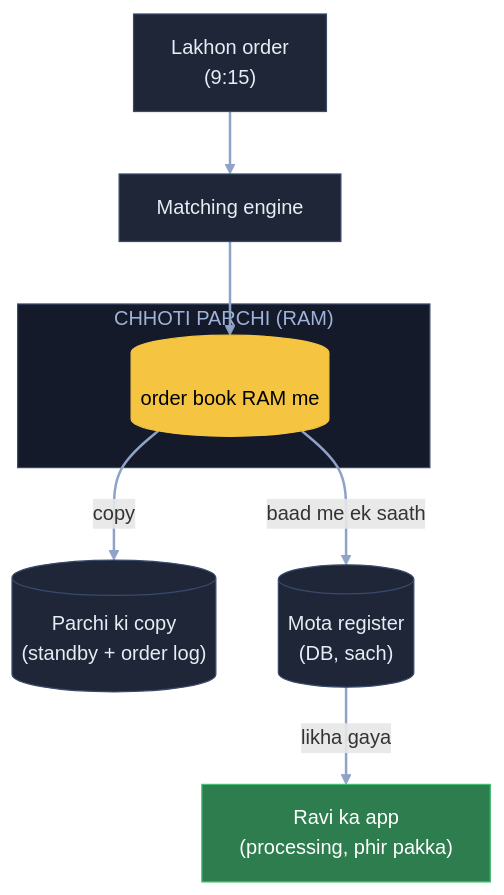
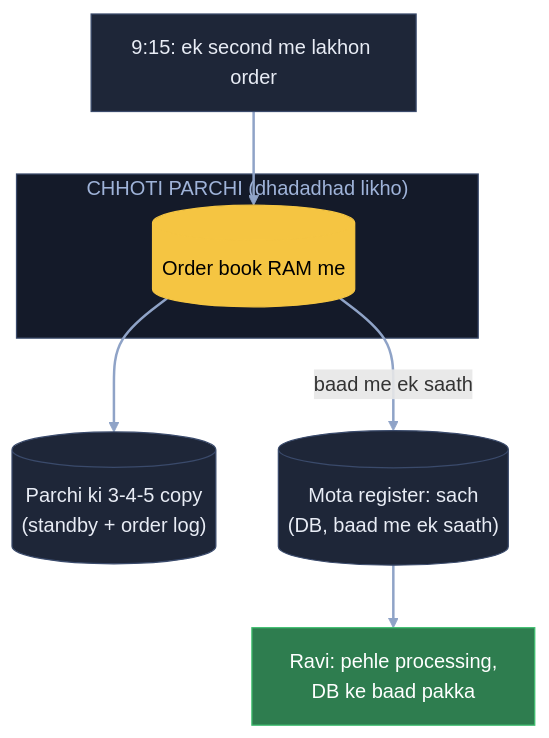
One commit to ArpanMaheshwari144/Prep changed the ninth of 9 diagrams in 04_HLD/SYSTEM_DESIGNS/05_stock_broker_trading/05_stock_broker_trading.md. Above: the diagram before and after it, drawn with Mermaid. The commit also changed other lines of this file, not shown here.

Commit message:
Stock: 9 diagram hand notes ke shabdon se; K8 'chhota ladka' aur K3 apni jodi line hatai

````diff
--- a/04_HLD/SYSTEM_DESIGNS/05_stock_broker_trading/05_stock_broker_trading.md
+++ b/04_HLD/SYSTEM_DESIGNS/05_stock_broker_trading/05_stock_broker_trading.md
@@ -295,22 +294,20 @@
 ```mermaid
 flowchart TB
-    O["Lakhon order<br/>(9:15)"]:::card
-    E["Matching engine"]:::card
-    subgraph RM["CHHOTI PARCHI (RAM)"]
-        P[("order book RAM me")]:::pill
+    O["9:15: ek second me lakhon order"]:::card
+    subgraph CP["CHHOTI PARCHI (dhadadhad likho)"]
+        P[("Order book RAM me")]:::pill
     end
-    C[("Parchi ki copy<br/>(standby + order log)")]:::card
-    D[("Mota register<br/>(DB, sach)")]:::card
-    A["Ravi ka app<br/>(processing, phir pakka)"]:::good
-    O --> E
-    E --> P
-    P -- "copy" --> C
+    C[("Parchi ki 3-4-5 copy<br/>(standby + order log)")]:::card
+    D[("Mota register: sach<br/>(DB, baad me ek saath)")]:::card
+    R["Ravi: pehle processing,<br/>DB ke baad pakka"]:::good
+    O --> P
+    P --> C
     P -- "baad me ek saath" --> D
-    D -- "likha gaya" --> A
+    D --> R
     linkStyle default stroke:#8fa3c7,stroke-width:2px
     classDef card fill:#1e2638,stroke:#3a4a6b,color:#e8ecf5
     classDef pill fill:#f5c542,stroke:#f5c542,color:#000
     classDef good fill:#2e7d4f,stroke:#3fbf6f,color:#fff
     classDef bad fill:#5c1f24,stroke:#e05561,color:#fff
-    style RM fill:#141a29,stroke:#3a4a6b,color:#9fb3d9
+    style CP fill:#141a29,stroke:#3a4a6b,color:#9fb3d9
 ```
````
